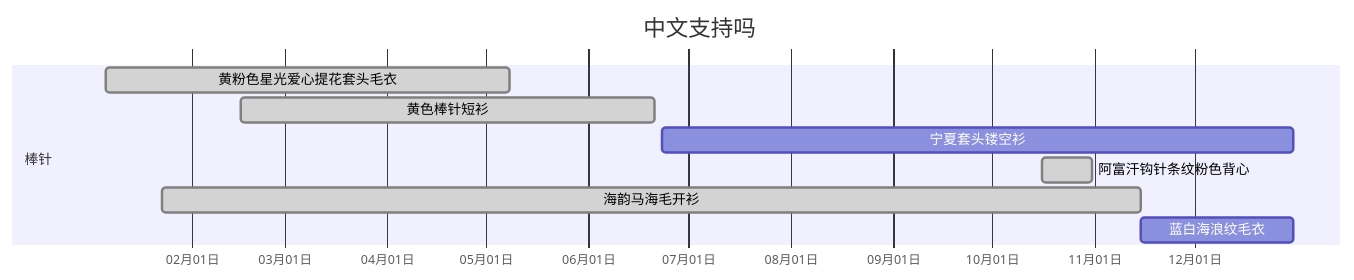
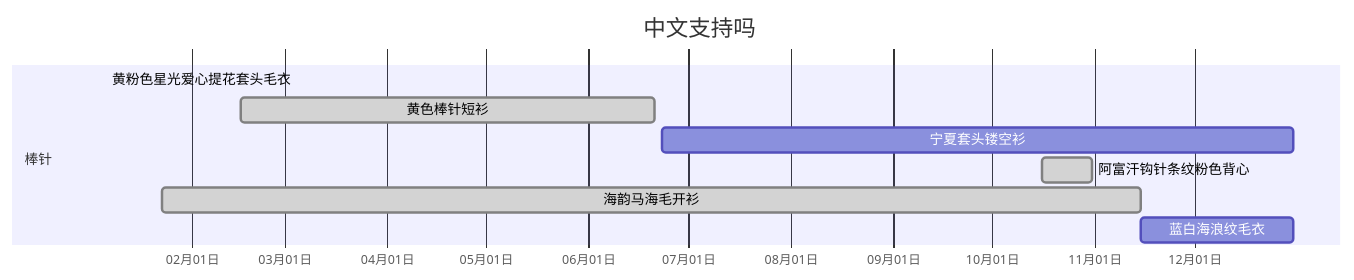
Before and after one commit to JiYouMCC/JiYouMCC.github.io: the diagram in _drafts/2022-1.md, drawn with Mermaid.

````diff
--- a/_drafts/2022-1.md
+++ b/_drafts/2022-1.md
@@ -1,13 +1,13 @@
 ```mermaid
 gantt
 title 中文支持吗
 dateFormat MM/DD
 axisFormat %m月%d日
 section 棒针
-    黄粉色星光爱心提花套头毛衣   :done,a1,2022-01-06, 122d
+    黄粉色星光爱心提花套头毛衣   :done,a1,2022-01-06, 2022-05-08
     黄色棒针短衫                :done,a2,2022-02-16, 125d
     宁夏套头镂空衫              :a3,2022-06-23,191d
     阿富汗钩针条纹粉色背心       :done,a4,2022-10-16, 15d
     海韵马海毛开衫              :done,a5,2022-01-23, 296d
     蓝白海浪纹毛衣              :a6,2022-11-15, 46d 
 ```
````
